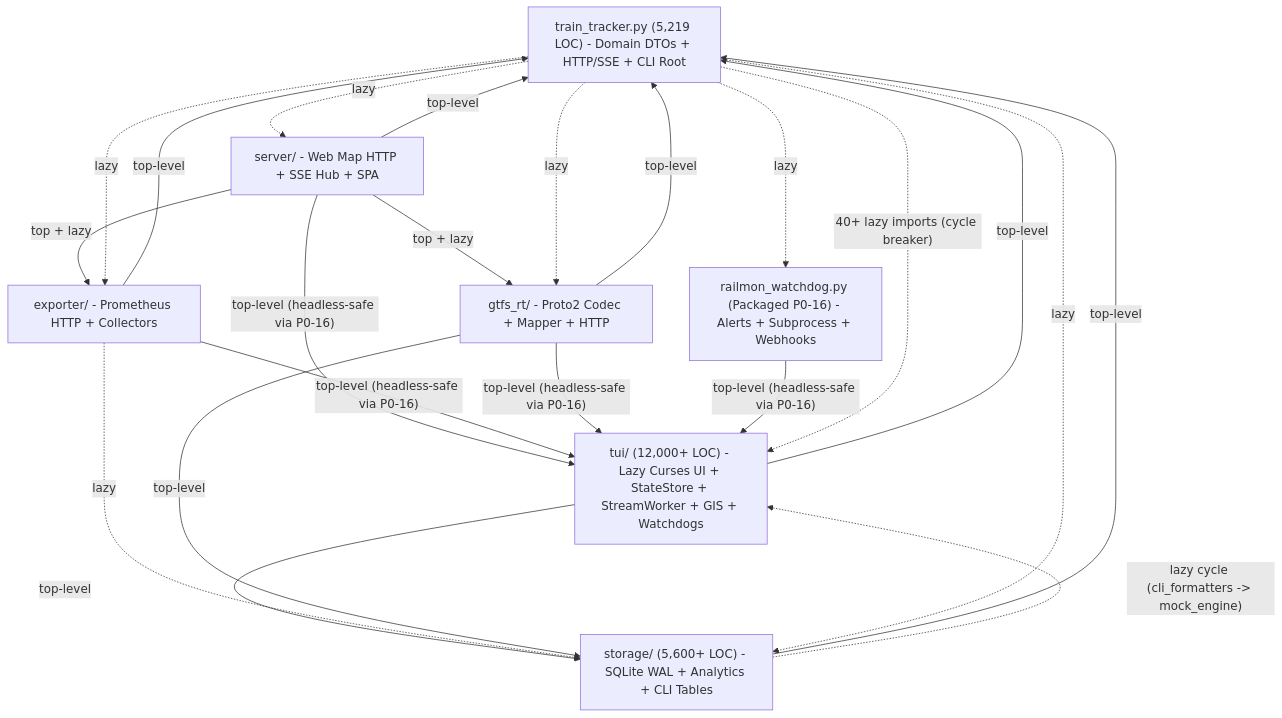
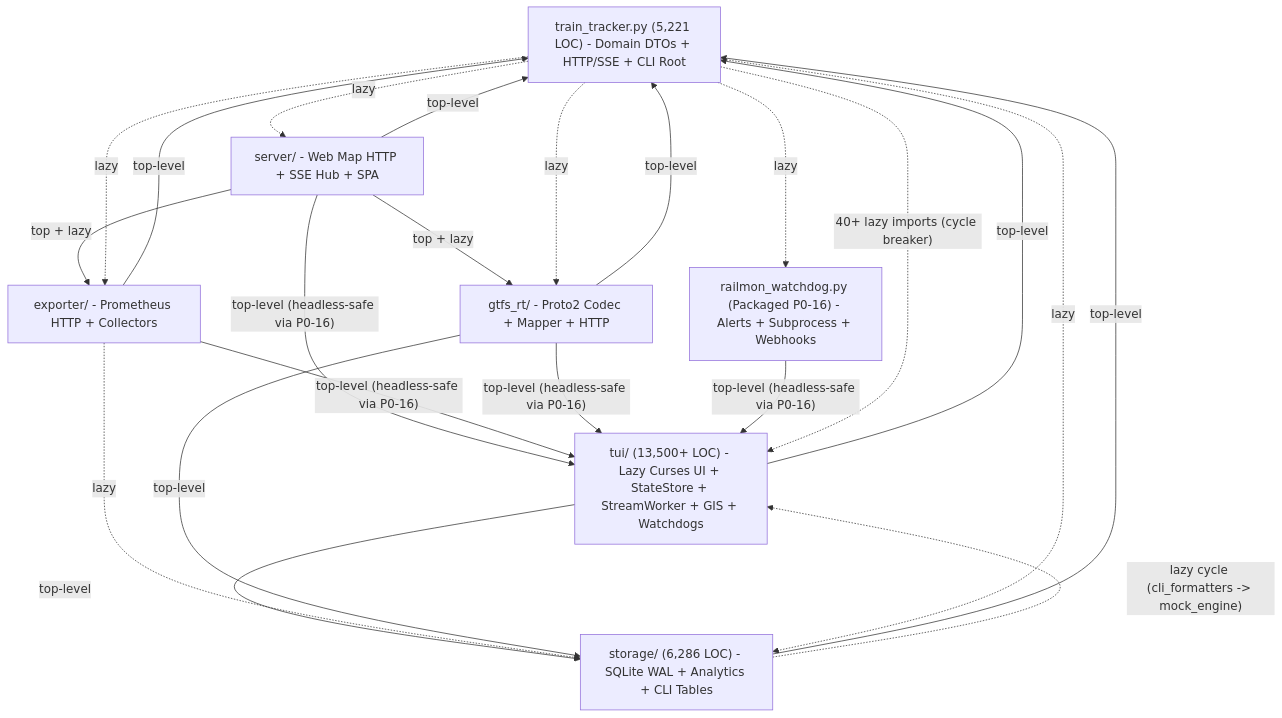
Before and after one commit to svagionitis/railmon: the first of 2 diagrams in docs/architecture/codebase-architecture-review.md, drawn with Mermaid. The commit also changed other lines of this file and 15 other files, not shown here.

````diff
--- a/docs/architecture/codebase-architecture-review.md
+++ b/docs/architecture/codebase-architecture-review.md
@@ -77,32 +77,32 @@
 ```mermaid
 flowchart TD
-    TT["train_tracker.py (5,219 LOC) - Domain DTOs + HTTP/SSE + CLI Root"]
-    TUI["tui/ (12,000+ LOC) - Lazy Curses UI + StateStore + StreamWorker + GIS + Watchdogs"]
-    STO["storage/ (5,600+ LOC) - SQLite WAL + Analytics + CLI Tables"]
+    TT["train_tracker.py (5,221 LOC) - Domain DTOs + HTTP/SSE + CLI Root"]
+    TUI["tui/ (13,500+ LOC) - Lazy Curses UI + StateStore + StreamWorker + GIS + Watchdogs"]
+    STO["storage/ (6,286 LOC) - SQLite WAL + Analytics + CLI Tables"]
     SRV["server/ - Web Map HTTP + SSE Hub + SPA"]
     EXP["exporter/ - Prometheus HTTP + Collectors"]
     GTF["gtfs_rt/ - Proto2 Codec + Mapper + HTTP"]
     WDG["railmon_watchdog.py (Packaged P0-16) - Alerts + Subprocess + Webhooks"]
 
     TUI -->|"top-level"| TT
     TUI -->|"top-level"| STO
     STO -->|"top-level"| TT
     STO -.->|"lazy cycle (cli_formatters -> mock_engine)"| TUI
     SRV -->|"top-level"| TT
     SRV -->|"top-level (headless-safe via P0-16)"| TUI
     SRV -->|"top + lazy"| EXP
     SRV -->|"top + lazy"| GTF
     EXP -->|"top-level"| TT
     EXP -->|"top-level (headless-safe via P0-16)"| TUI
     EXP -.->|"lazy"| STO
     GTF -->|"top-level"| TT
     GTF -->|"top-level (headless-safe via P0-16)"| TUI
     GTF -->|"top-level"| STO
     WDG -->|"top-level (headless-safe via P0-16)"| TUI
     TT -.->|"40+ lazy imports (cycle breaker)"| TUI
     TT -.->|"lazy"| STO
     TT -.->|"lazy"| SRV
     TT -.->|"lazy"| EXP
     TT -.->|"lazy"| GTF
     TT -.->|"lazy"| WDG
 ```
````
